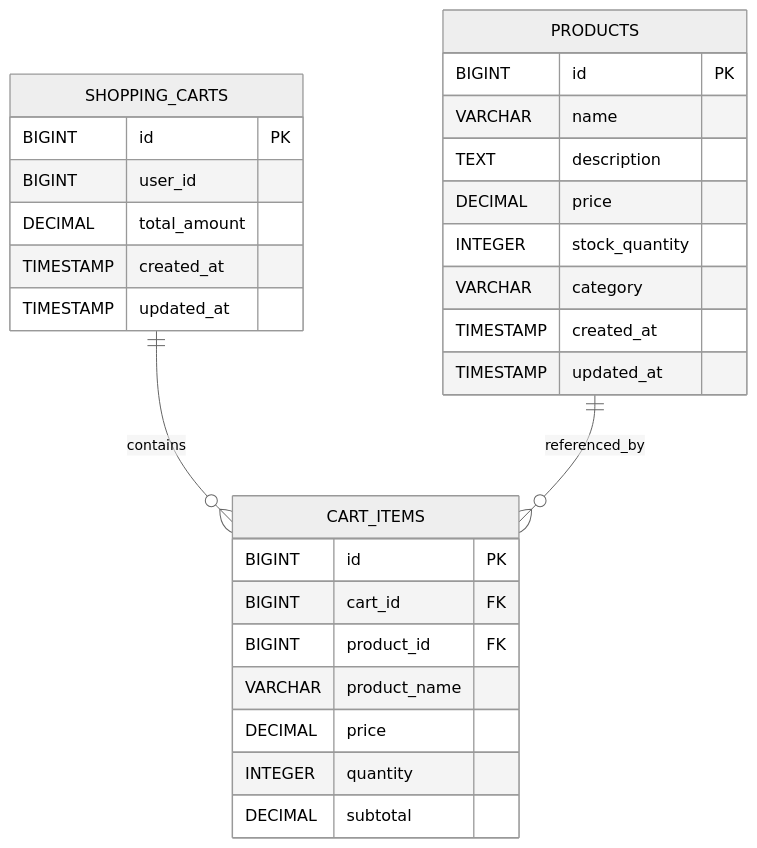
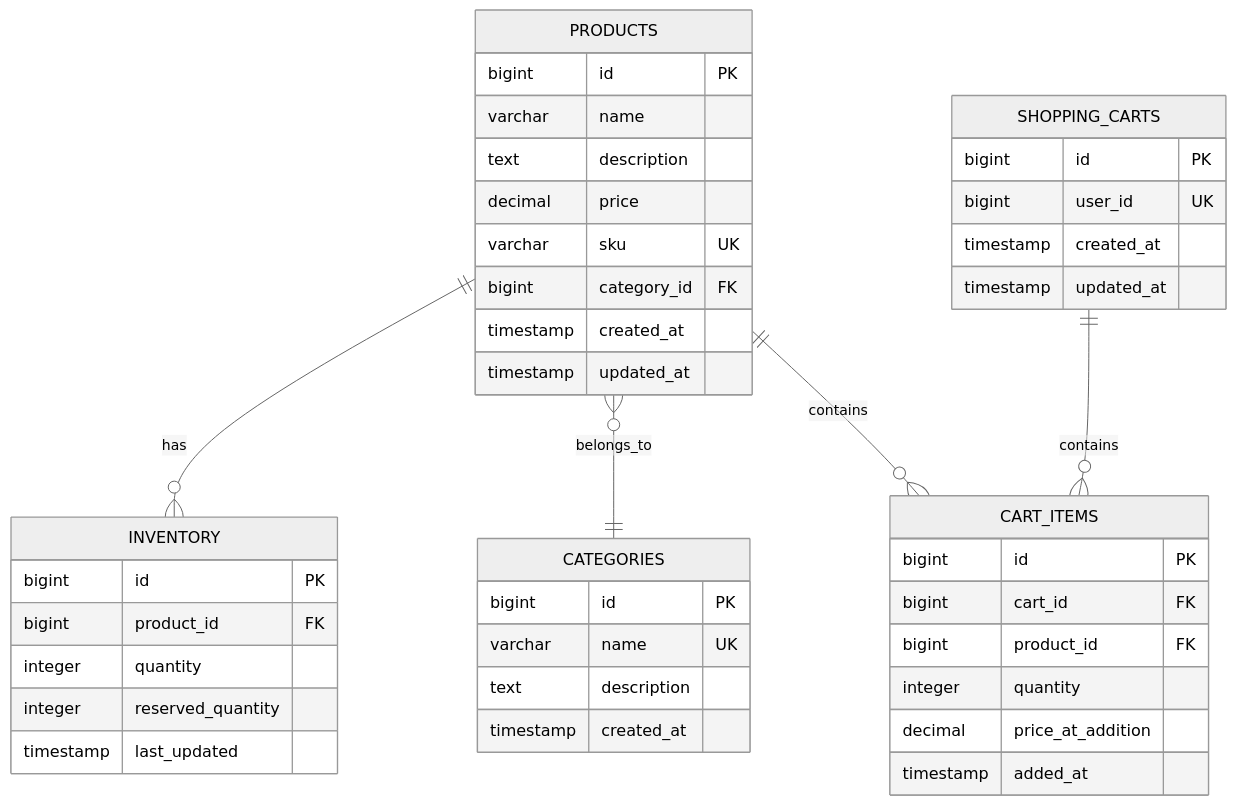
The second of 13 diagrams in docs/LLD/modified_lld.md (NavneetBN47/aava-ecom-demo), drawn with Mermaid (neutral theme) before and after one commit. The commit also changed other lines of this file, not shown here.

````diff
--- a/docs/LLD/modified_lld.md
+++ b/docs/LLD/modified_lld.md
@@ -167,34 +231,49 @@
 ```mermaid
 erDiagram
+    PRODUCTS ||--o{ INVENTORY : has
+    PRODUCTS }o--|| CATEGORIES : belongs_to
+    PRODUCTS ||--o{ CART_ITEMS : contains
+    SHOPPING_CARTS ||--o{ CART_ITEMS : contains
+    
     PRODUCTS {
-        BIGINT id PK
-        VARCHAR name
-        TEXT description
-        DECIMAL price
-        INTEGER stock_quantity
-        VARCHAR category
-        TIMESTAMP created_at
-        TIMESTAMP updated_at
+        bigint id PK
+        varchar name
+        text description
+        decimal price
+        varchar sku UK
+        bigint category_id FK
+        timestamp created_at
+        timestamp updated_at
     }
-
+    
+    CATEGORIES {
+        bigint id PK
+        varchar name UK
+        text description
+        timestamp created_at
+    }
+    
+    INVENTORY {
+        bigint id PK
+        bigint product_id FK
+        integer quantity
+        integer reserved_quantity
+        timestamp last_updated
+    }
+    
     SHOPPING_CARTS {
-        BIGINT id PK
-        BIGINT user_id
-        DECIMAL total_amount
-        TIMESTAMP created_at
-        TIMESTAMP updated_at
+        bigint id PK
+        bigint user_id UK
+        timestamp created_at
+        timestamp updated_at
     }
-
+    
     CART_ITEMS {
-        BIGINT id PK
-        BIGINT cart_id FK
-        BIGINT product_id FK
-        VARCHAR product_name
-        DECIMAL price
-        INTEGER quantity
-        DECIMAL subtotal
+        bigint id PK
+        bigint cart_id FK
+        bigint product_id FK
+        integer quantity
+        decimal price_at_addition
+        timestamp added_at
     }
-
-    SHOPPING_CARTS ||--o{ CART_ITEMS : contains
-    PRODUCTS ||--o{ CART_ITEMS : referenced_by
 ```
````
